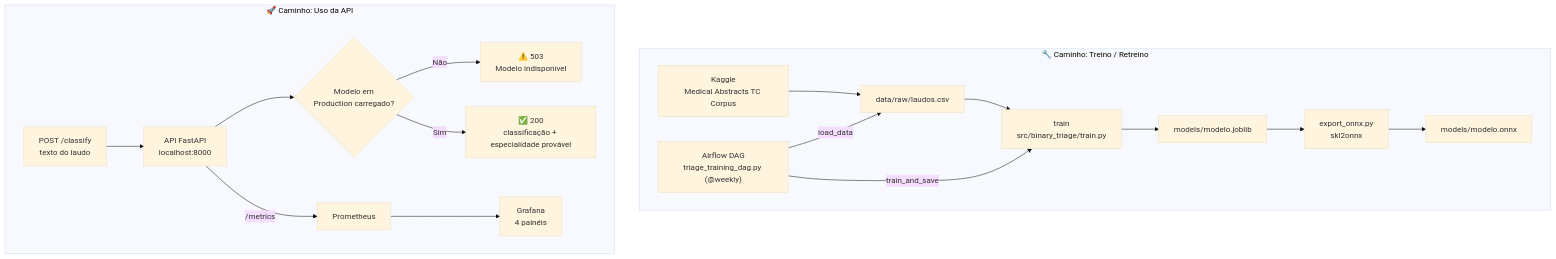
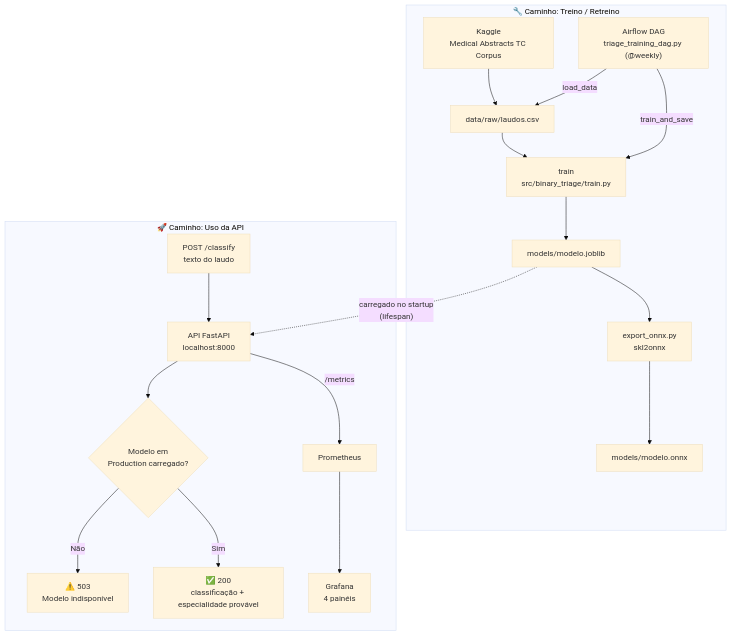
Before and after one commit to fiap-postech-ml-engineering/medical-triage-mlops: the diagram in README.md, drawn with Mermaid (base theme).

Commit message:
docs(readme): empilhar fluxograma verticalmente (treino em cima, API embaixo)

````diff
--- a/README.md
+++ b/README.md
@@ -136,31 +136,34 @@
 ```mermaid
 flowchart TD
     subgraph TREINO["🔧 Caminho: Treino / Retreino"]
         A["Kaggle
 Medical Abstracts TC Corpus"] --> B["data/raw/laudos.csv"]
         B --> C["train
 src/binary_triage/train.py"]
         C --> D["models/modelo.joblib"]
         D --> E["export_onnx.py
 skl2onnx"]
         E --> F["models/modelo.onnx"]
         G["Airflow DAG
 triage_training_dag.py (@weekly)"] -->|load_data| B
         G -->|train_and_save| C
     end
 
     subgraph USO["🚀 Caminho: Uso da API"]
         H["POST /classify
 texto do laudo"] --> I["API FastAPI
 localhost:8000"]
         I --> J{"Modelo em
 Production carregado?"}
         J -->|Não| K["⚠️ 503
 Modelo indisponível"]
         J -->|Sim| L["✅ 200
 classificação + especialidade provável"]
         I -->|"/metrics"| M["Prometheus"]
         M --> N["Grafana
 4 painéis"]
     end
+
+    D -.->|"carregado no startup
+(lifespan)"| I
 ```
````
